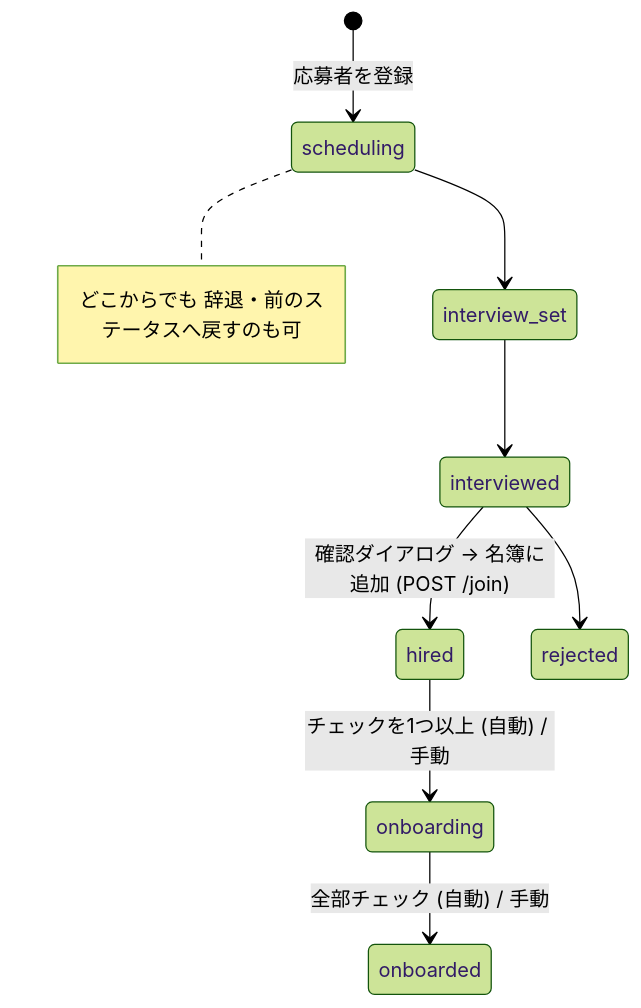
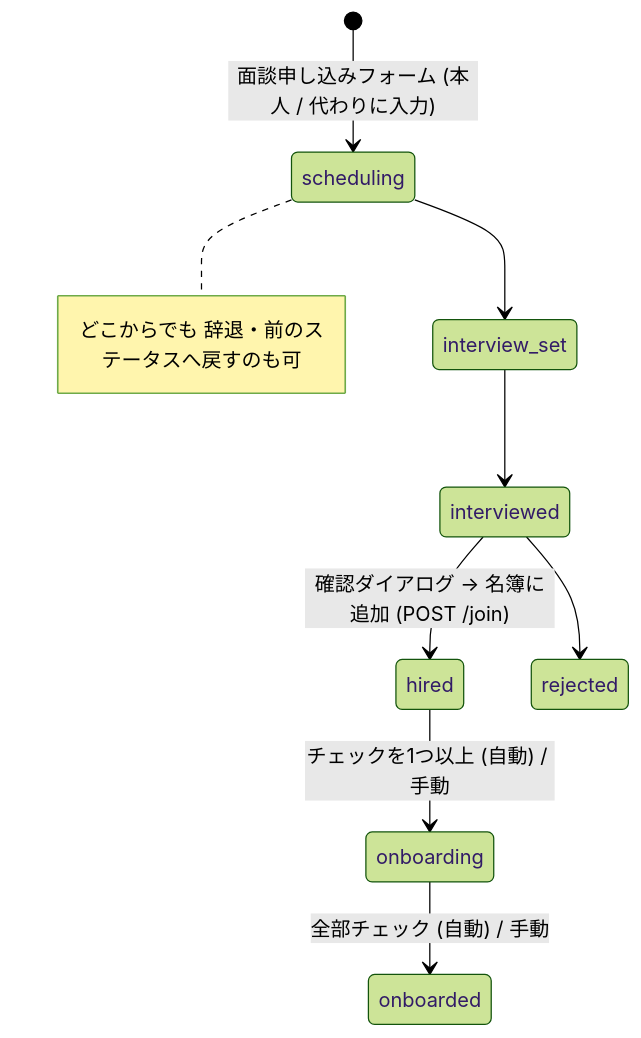
One commit to KIT-DevelopersHub/dub-ecosystem changed the diagram in docs/hr-app.md. Above: the diagram before and after it, drawn with Mermaid (forest theme). The commit also changed other lines of this file and 8 other files, not shown here.

````diff
--- a/docs/hr-app.md
+++ b/docs/hr-app.md
@@ -48,11 +48,11 @@
 ```mermaid
 stateDiagram-v2
-  [*] --> scheduling: 応募者を登録
+  [*] --> scheduling: 面談申し込みフォーム (本人 / 代わりに入力)
   scheduling --> interview_set
   interview_set --> interviewed
   interviewed --> hired: 確認ダイアログ → 名簿に追加 (POST /join)
   interviewed --> rejected
   hired --> onboarding: チェックを1つ以上 (自動) / 手動
   onboarding --> onboarded: 全部チェック (自動) / 手動
   note right of scheduling: どこからでも 辞退・前のステータスへ戻すのも可
 ```
````
